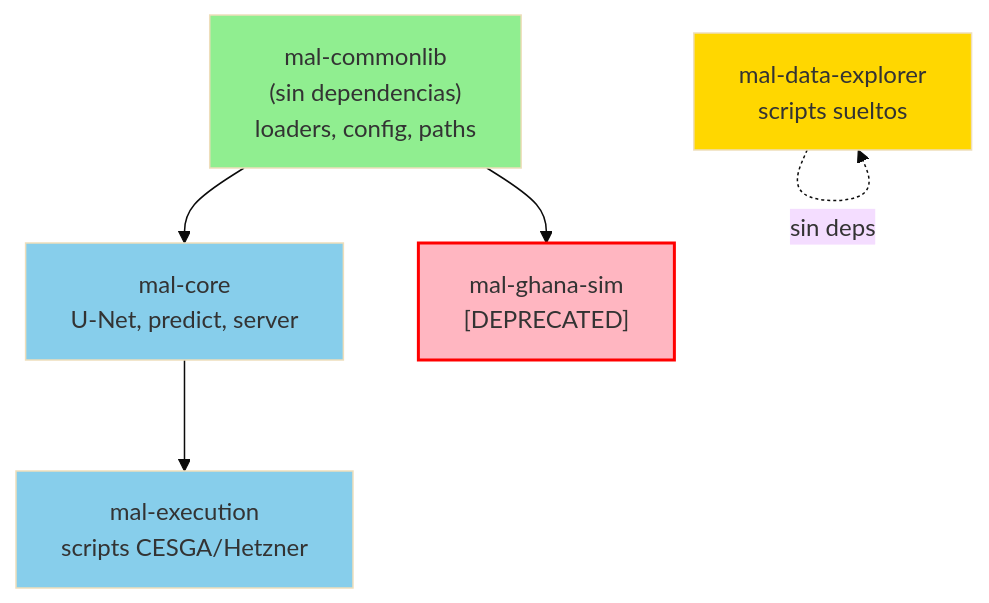
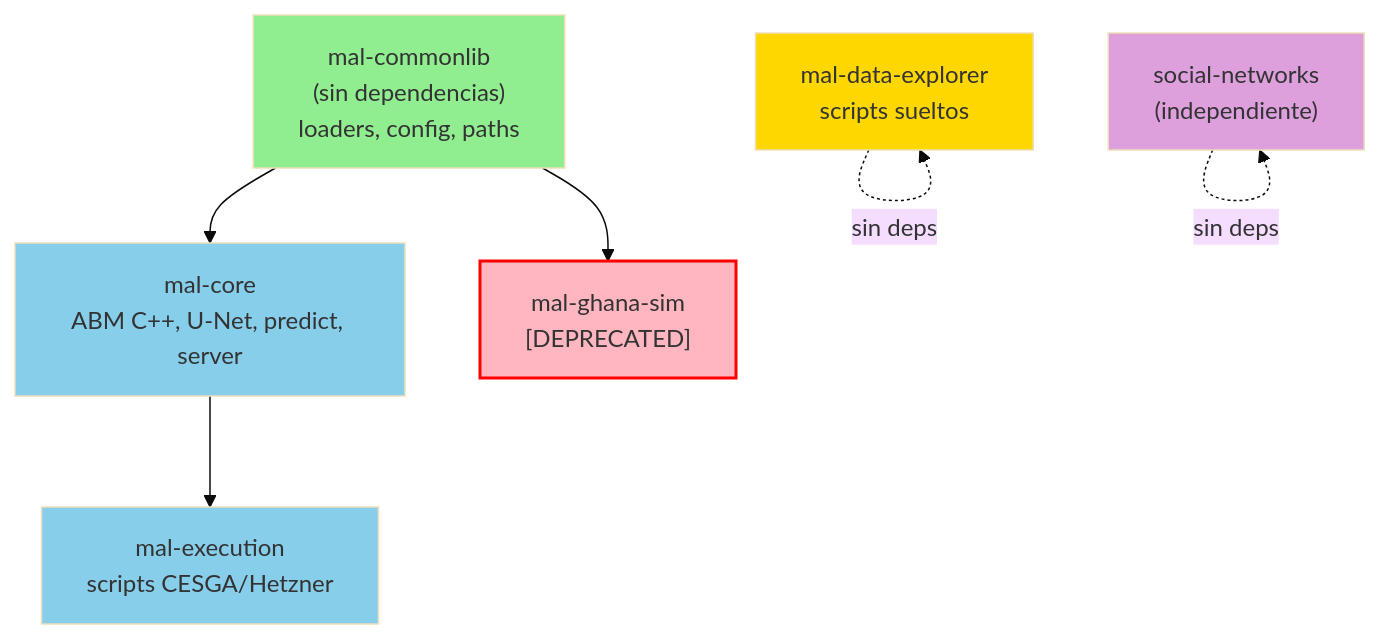
The third of 14 diagrams in docs/system-status.md (ANFAIA/MalariaSentinel), drawn with Mermaid (base theme) before and after one commit. The commit also changed other lines of this file and 11 other files, not shown here.

````diff
--- a/docs/system-status.md
+++ b/docs/system-status.md
@@ -87,20 +88,23 @@
 ```mermaid
 graph TB
     CL["mal-commonlib<br/>(sin dependencias)<br/>loaders, config, paths"]
-    MC["mal-core<br/>U-Net, predict, server"]
+    MC["mal-core<br/>ABM C++, U-Net, predict, server"]
     ME["mal-execution<br/>scripts CESGA/Hetzner"]
     GS["mal-ghana-sim<br/>[DEPRECATED]"]
     DE["mal-data-explorer<br/>scripts sueltos"]
+    SN["social-networks<br/>(independiente)"]
 
     CL --> MC
     MC --> ME
     CL --> GS
 
     DE -.->|"sin deps"| DE
+    SN -.->|"sin deps"| SN
 
     style CL fill:#90EE90
     style MC fill:#87CEEB
     style ME fill:#87CEEB
     style GS fill:#FFB6C1,stroke:#FF0000,stroke-width:2px
     style DE fill:#FFD700
+    style SN fill:#DDA0DD
 ```
````
